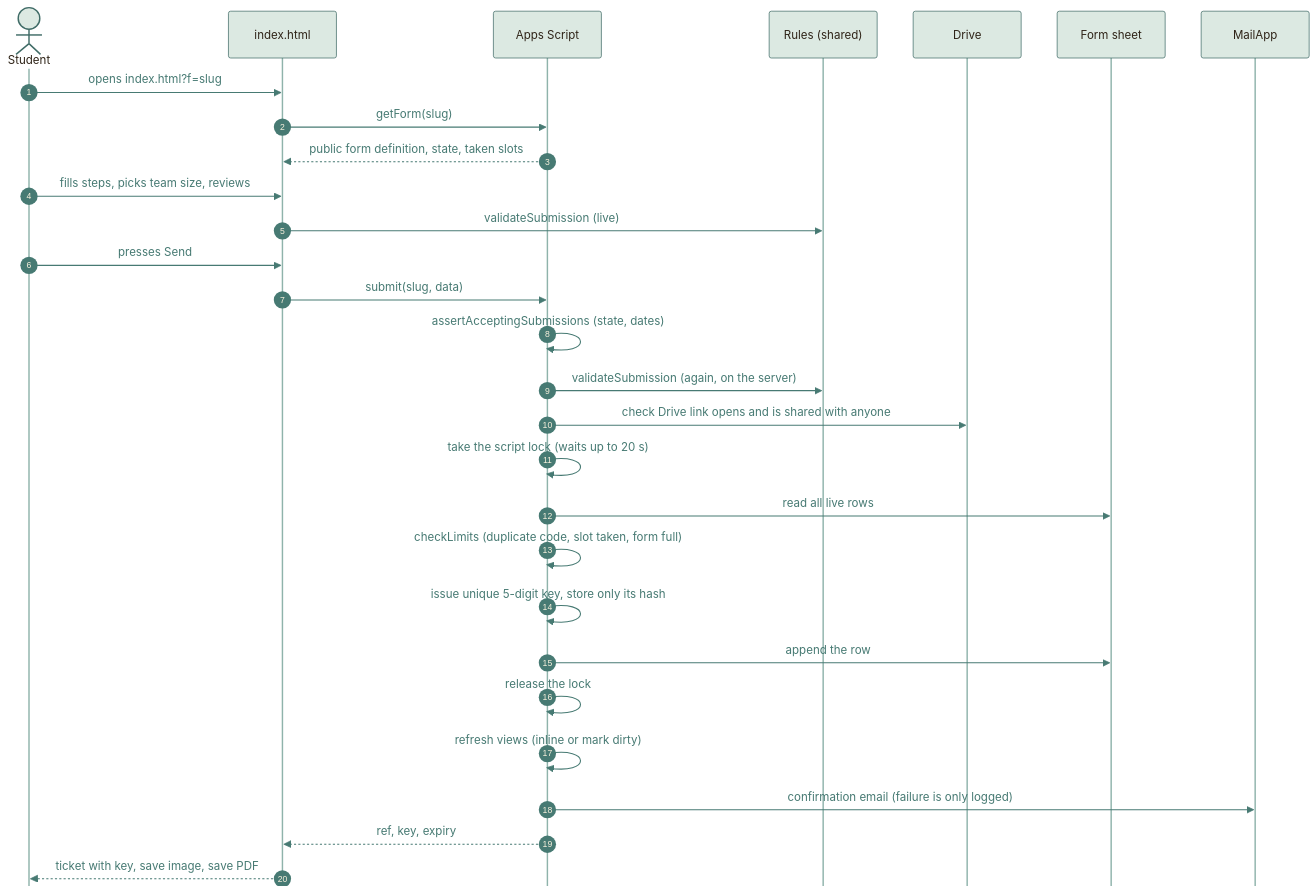
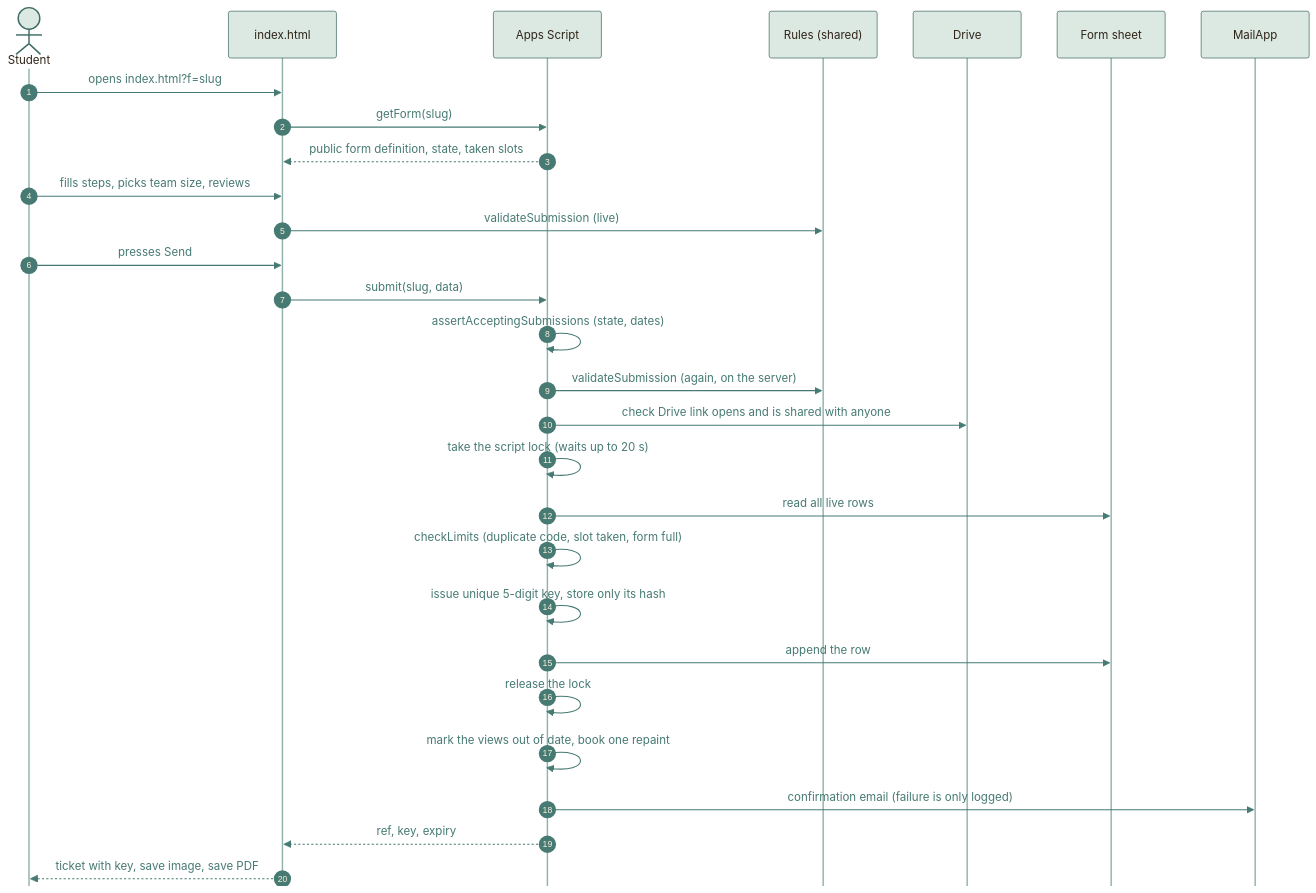
One commit to moyeh04/forms-platform changed the third of 12 diagrams in docs/architecture/ARCHITECTURE.md. Above: the diagram before and after it, drawn with Mermaid. The commit also changed other lines of this file and 9 other files, not shown here.

````diff
--- a/docs/architecture/ARCHITECTURE.md
+++ b/docs/architecture/ARCHITECTURE.md
@@ -180,54 +180,54 @@
 ```mermaid
 %%{init: {
   'theme': 'base',
   'themeVariables': {
     'fontFamily': 'ui-sans-serif, system-ui, -apple-system, Segoe UI, Roboto, sans-serif',
     'fontSize': '15px',
     'primaryColor': '#DCE9E2', 'primaryBorderColor': '#3F6B66', 'primaryTextColor': '#2F2418',
     'secondaryColor': '#F0E4C8', 'secondaryBorderColor': '#C9A24A', 'secondaryTextColor': '#2F2418',
     'tertiaryColor': '#F6EFDC', 'tertiaryBorderColor': '#CDBB94', 'tertiaryTextColor': '#2F2418',
     'lineColor': '#3F6B66', 'textColor': '#2F2418', 'mainBkg': '#DCE9E2', 'nodeBorder': '#3F6B66',
     'clusterBkg': '#F6EFDC', 'clusterBorder': '#CDBB94', 'titleColor': '#2F2418',
     'edgeLabelBackground': '#F8F1DD',
     'actorBkg': '#DCE9E2', 'actorBorder': '#3F6B66', 'actorTextColor': '#2F2418', 'actorLineColor': '#8FB3AB',
     'signalColor': '#477A73', 'signalTextColor': '#477A73',
     'labelBoxBkgColor': '#F0E4C8', 'labelBoxBorderColor': '#C9A24A', 'labelTextColor': '#2F2418', 'loopTextColor': '#6A5A44',
     'noteBkgColor': '#FBEFC9', 'noteBorderColor': '#C9A24A', 'noteTextColor': '#2F2418',
     'activationBkgColor': '#DCE9E2', 'activationBorderColor': '#3F6B66', 'sequenceNumberColor': '#F8F1DD',
     'transitionColor': '#3F6B66', 'stateLabelColor': '#2F2418', 'stateBkg': '#DCE9E2', 'altBackground': '#F6EFDC',
     'attributeBackgroundColorOdd': '#F8F1DD', 'attributeBackgroundColorEven': '#F0E4C8'
   },
   'flowchart': {'curve': 'basis', 'padding': 14, 'nodeSpacing': 40, 'rankSpacing': 46},
   'sequence': {'mirrorActors': false, 'messageMargin': 34, 'boxMargin': 8}
 }}%%
 sequenceDiagram
     autonumber
     actor S as Student
     participant P as index.html
     participant G as Apps Script
     participant R as Rules (shared)
     participant D as Drive
     participant SH as Form sheet
     participant M as MailApp
 
     S->>P: opens index.html?f=slug
     P->>G: getForm(slug)
     G-->>P: public form definition, state, taken slots
     S->>P: fills steps, picks team size, reviews
     P->>R: validateSubmission (live)
     S->>P: presses Send
     P->>G: submit(slug, data)
     G->>G: assertAcceptingSubmissions (state, dates)
     G->>R: validateSubmission (again, on the server)
     G->>D: check Drive link opens and is shared with anyone
     G->>G: take the script lock (waits up to 20 s)
     G->>SH: read all live rows
     G->>G: checkLimits (duplicate code, slot taken, form full)
     G->>G: issue unique 5-digit key, store only its hash
     G->>SH: append the row
     G->>G: release the lock
-    G->>G: refresh views (inline or mark dirty)
+    G->>G: mark the views out of date, book one repaint
     G->>M: confirmation email (failure is only logged)
     G-->>P: ref, key, expiry
     P-->>S: ticket with key, save image, save PDF
 ```
````
